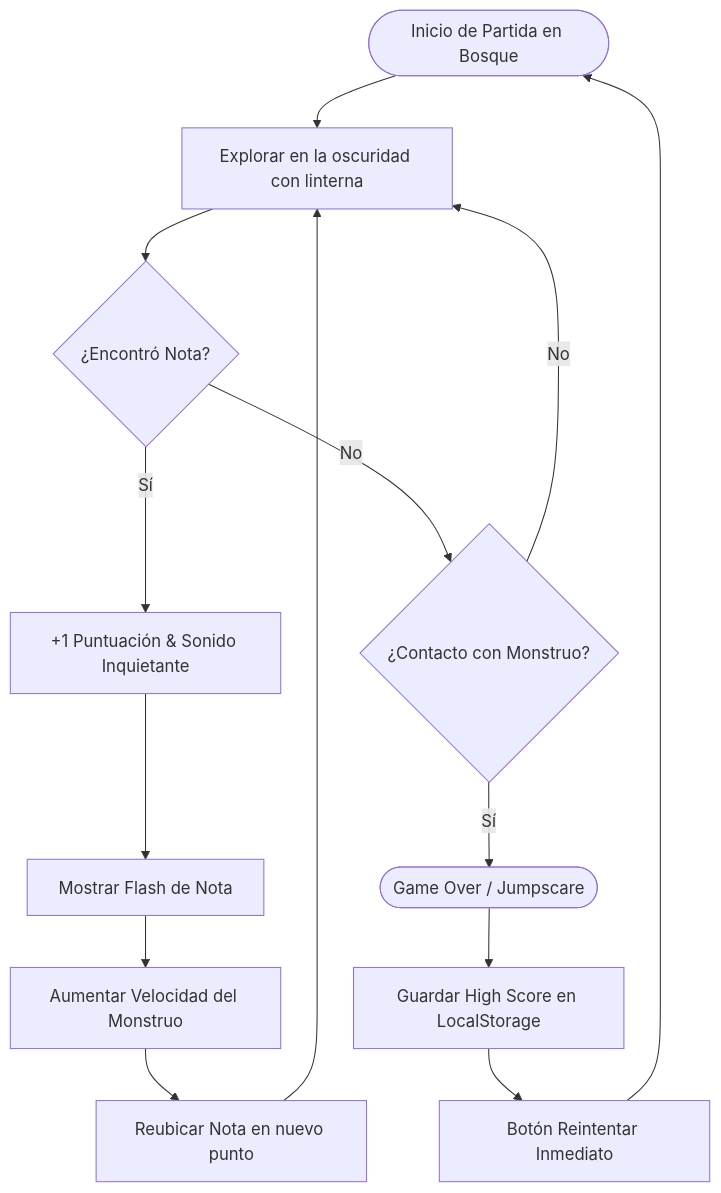
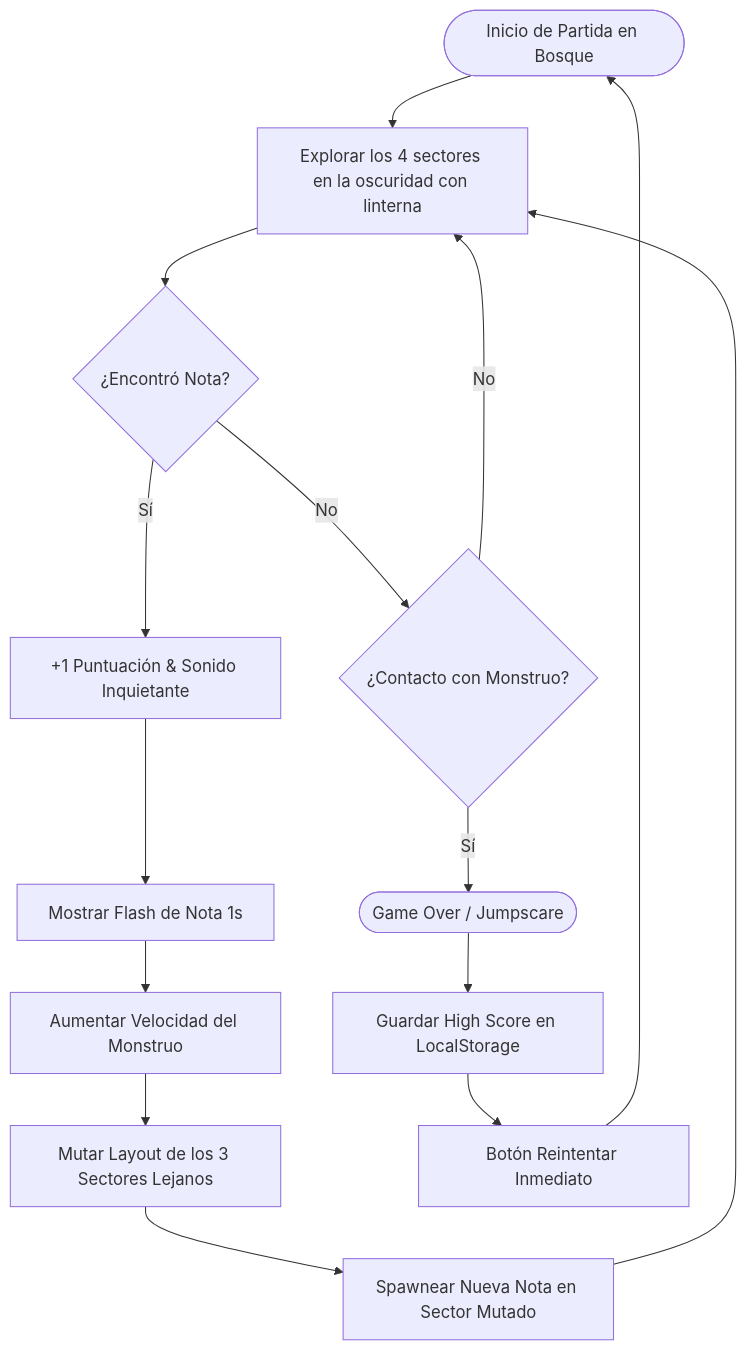
One commit to EmGamex/vosque changed the first of 2 diagrams in docs/gameplay/mecanicas_y_entidades.md. Above: the diagram before and after it, drawn with Mermaid. The commit also changed other lines of this file and 3 other files, not shown here.

Commit message:
docs: documentar menu de pausa, sectores mutables del bosque y camara interactiva

````diff
--- a/docs/gameplay/mecanicas_y_entidades.md
+++ b/docs/gameplay/mecanicas_y_entidades.md
@@ -9,16 +9,17 @@
 ```mermaid
 flowchart TD
-    A([Inicio de Partida en Bosque]) --> B[Explorar en la oscuridad con linterna]
+    A([Inicio de Partida en Bosque]) --> B[Explorar los 4 sectores en la oscuridad con linterna]
     B --> C{¿Encontró Nota?}
     C -- Sí --> D[+1 Puntuación & Sonido Inquietante]
-    D --> E[Mostrar Flash de Nota]
+    D --> E[Mostrar Flash de Nota 1s]
     E --> F[Aumentar Velocidad del Monstruo]
-    F --> G[Reubicar Nota en nuevo punto]
-    G --> B
-    C -- No --> H{¿Contacto con Monstruo?}
-    H -- No --> B
-    H -- Sí --> I([Game Over / Jumpscare])
-    I --> J[Guardar High Score en LocalStorage]
-    J --> K[Botón Reintentar Inmediato]
-    K --> A
+    F --> G[Mutar Layout de los 3 Sectores Lejanos]
+    G --> H[Spawnear Nueva Nota en Sector Mutado]
+    H --> B
+    C -- No --> I{¿Contacto con Monstruo?}
+    I -- No --> B
+    I -- Sí --> J([Game Over / Jumpscare])
+    J --> K[Guardar High Score en LocalStorage]
+    K --> L[Botón Reintentar Inmediato]
+    L --> A
 ```
````
